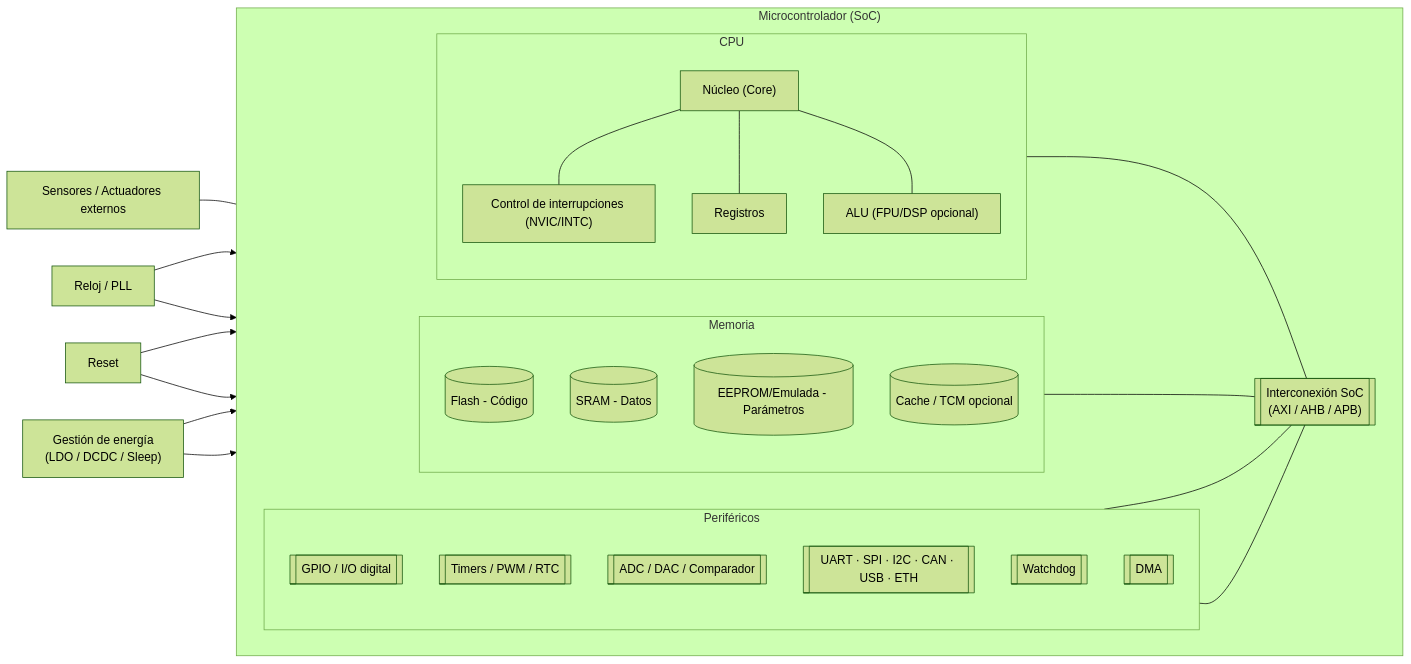
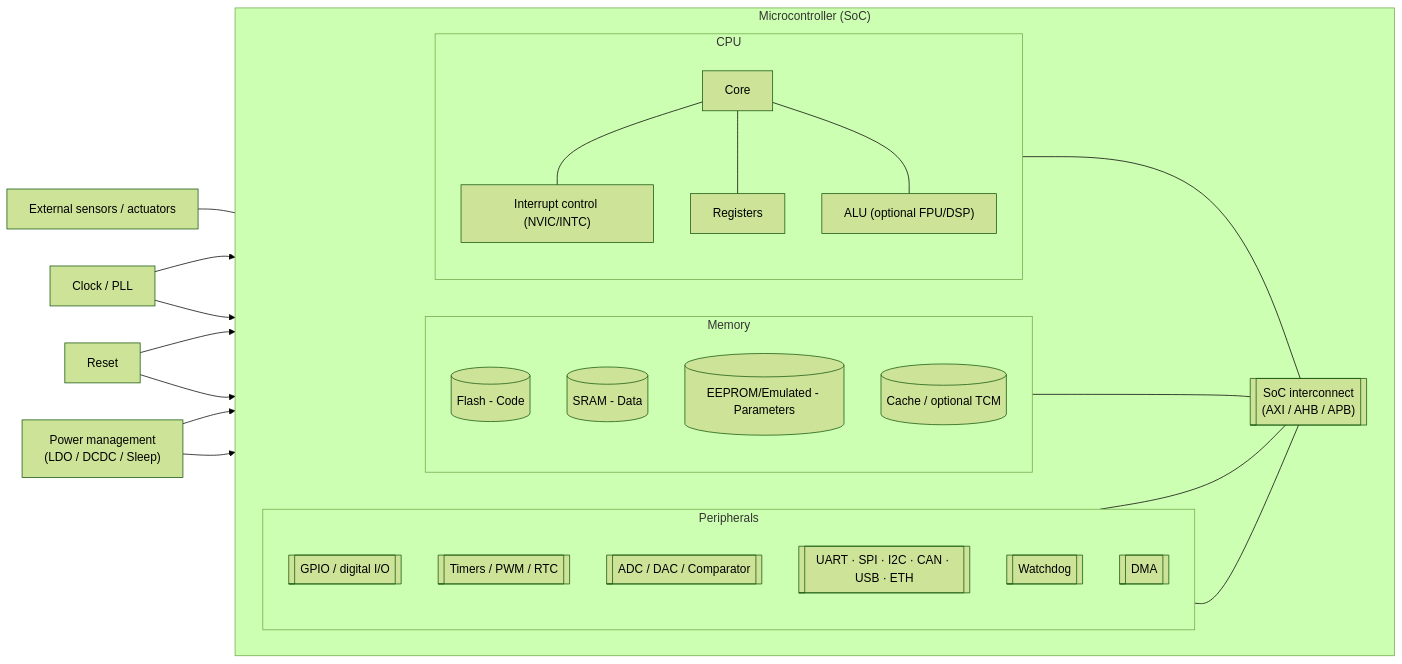
The first of 5 diagrams in docs/Bloque0-Introduccion/Tema_A.md (Gulden8ag/embedded1), drawn with Mermaid (forest theme) before and after one commit. The commit also changed other lines of this file and 12 other files, not shown here.

````diff
--- a/docs/Bloque0-Introduccion/Tema_A.md
+++ b/docs/Bloque0-Introduccion/Tema_A.md
@@ -67,65 +67,65 @@
 ```mermaid
 flowchart LR
   %% ---------- External signals ----------
-  CLK["Reloj / PLL"]
+  CLK["Clock / PLL"]
   RST["Reset"]
-  PWR["Gestión de energía<br/>(LDO / DCDC / Sleep)"]
-  EXT_IO["Sensores / Actuadores externos"]
+  PWR["Power management<br/>(LDO / DCDC / Sleep)"]
+  EXT_IO["External sensors / actuators"]
 
   %% ---------- MCU boundary ----------
-  subgraph MCU["Microcontrolador (SoC)"]
+  subgraph MCU["Microcontroller (SoC)"]
     direction LR
 
     %% Central interconnect
-    BUS[["Interconexión SoC<br/>(AXI / AHB / APB)"]]
+    BUS[["SoC interconnect<br/>(AXI / AHB / APB)"]]
 
     %% CPU subsystem (keep it simple at high level)
     subgraph CPU["CPU"]
       direction TB
-      CORE["Núcleo (Core)"]
-      INTCTRL["Control de interrupciones (NVIC/INTC)"]
-      REGFILE["Registros"]
-      ALU["ALU (FPU/DSP opcional)"]
+      CORE["Core"]
+      INTCTRL["Interrupt control (NVIC/INTC)"]
+      REGFILE["Registers"]
+      ALU["ALU (optional FPU/DSP)"]
       CORE --- INTCTRL
       CORE --- REGFILE
       CORE --- ALU
     end
 
     %% Memory
-    subgraph MEM["Memoria"]
+    subgraph MEM["Memory"]
       direction TB
-      FLASH[(Flash - Código)]
-      SRAM[(SRAM - Datos)]
-      EEPROM[(EEPROM/Emulada - Parámetros)]
-      TCM[(Cache / TCM opcional)]
+      FLASH[(Flash - Code)]
+      SRAM[(SRAM - Data)]
+      EEPROM[(EEPROM/Emulated - Parameters)]
+      TCM[(Cache / optional TCM)]
     end
 
     %% Peripherals (grouped)
-    subgraph PER["Periféricos"]
+    subgraph PER["Peripherals"]
       direction TB
-      GPIO[[GPIO / I/O digital]]
+      GPIO[[GPIO / digital I/O]]
       TIM[[Timers / PWM / RTC]]
-      ANA[[ADC / DAC / Comparador]]
+      ANA[[ADC / DAC / Comparator]]
       COM[[UART · SPI · I2C · CAN · USB · ETH]]
       WDT[[Watchdog]]
       DMA[[DMA]]
     end
   end
 
   %% ---------- Clean wiring via hub ----------
   CPU --- BUS
   MEM --- BUS
   PER --- BUS
   DMA --- BUS
 
   %% External world
   EXT_IO --- GPIO
 
   %% Service signals (limit fan-out to reduce clutter)
   CLK --> CPU
   CLK --> PER
   RST --> CPU
   RST --> PER
   PWR --> CPU
   PWR --> MEM
 ```
````
